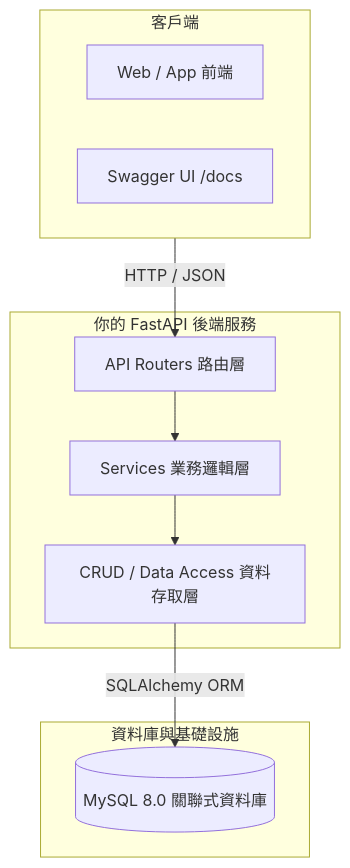
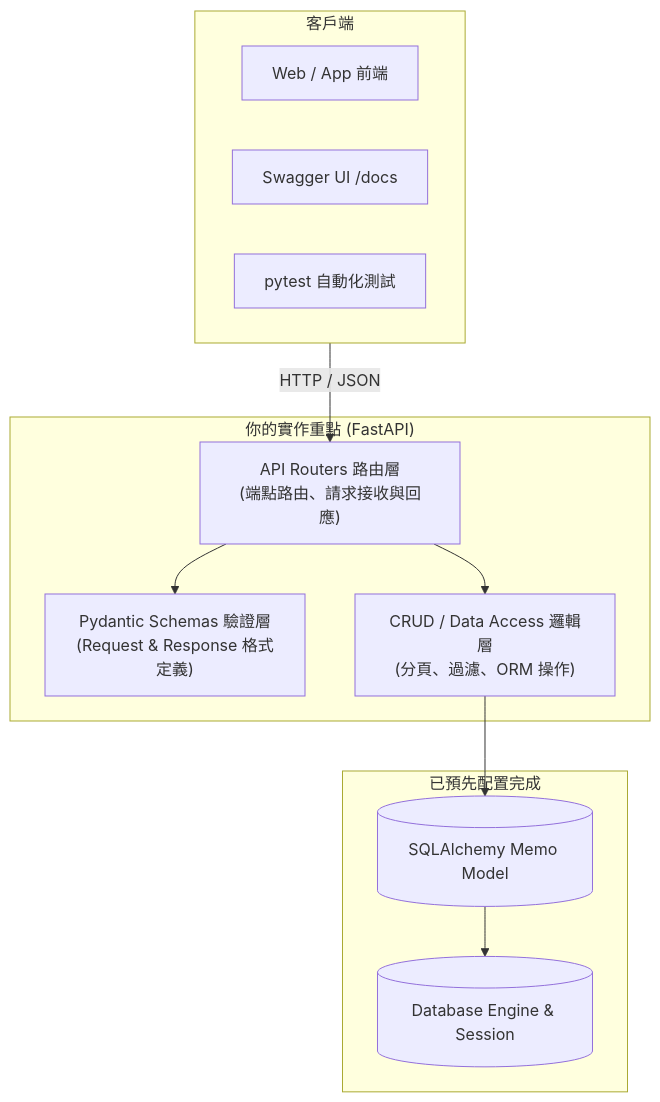
One commit to ralin3233/nccupass-backend-onbroading-task changed the diagram in docs/task/overview.md. Above: the diagram before and after it, drawn with Mermaid. The commit also changed other lines of this file and 12 other files, not shown here.

````diff
--- a/docs/task/overview.md
+++ b/docs/task/overview.md
@@ -11,22 +13,25 @@
 ```mermaid
 graph TD
     subgraph Client ["客戶端"]
         Web["Web / App 前端"]
         Swagger["Swagger UI /docs"]
+        TestClient["pytest 自動化測試"]
     end
 
-    subgraph Backend ["你的 FastAPI 後端服務"]
-        Router["API Routers 路由層"]
-        Service["Services 業務邏輯層"]
-        CRUD["CRUD / Data Access 資料存取層"]
+    subgraph Backend ["你的實作重點 (FastAPI)"]
+        Router["API Routers 路由層<br/>(端點路由、請求接收與回應)"]
+        Schema["Pydantic Schemas 驗證層<br/>(Request & Response 格式定義)"]
+        Service["CRUD / Data Access 邏輯層<br/>(分頁、過濾、ORM 操作)"]
     end
 
-    subgraph Infra ["資料庫與基礎設施"]
-        DB[("MySQL 8.0 關聯式資料庫")]
+    subgraph Template ["已預先配置完成"]
+        Model[("SQLAlchemy Memo Model")]
+        DB[("Database Engine & Session")]
     end
 
     Client -->|HTTP / JSON| Router
+    Router --> Schema
     Router --> Service
-    Service --> CRUD
-    CRUD -->|SQLAlchemy ORM| DB
+    Service --> Model
+    Model --> DB
 ```
````
